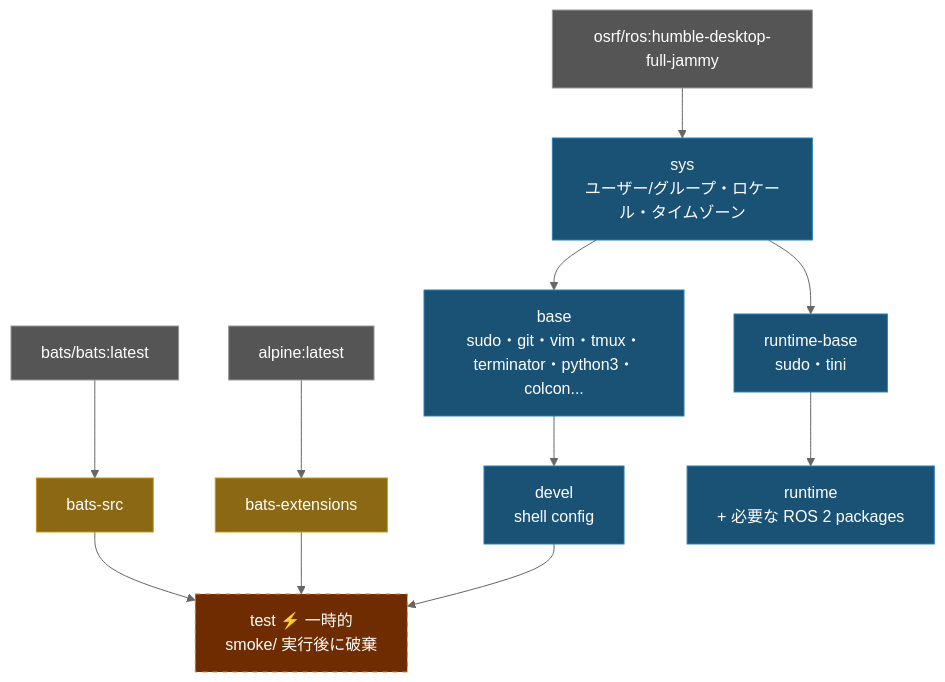
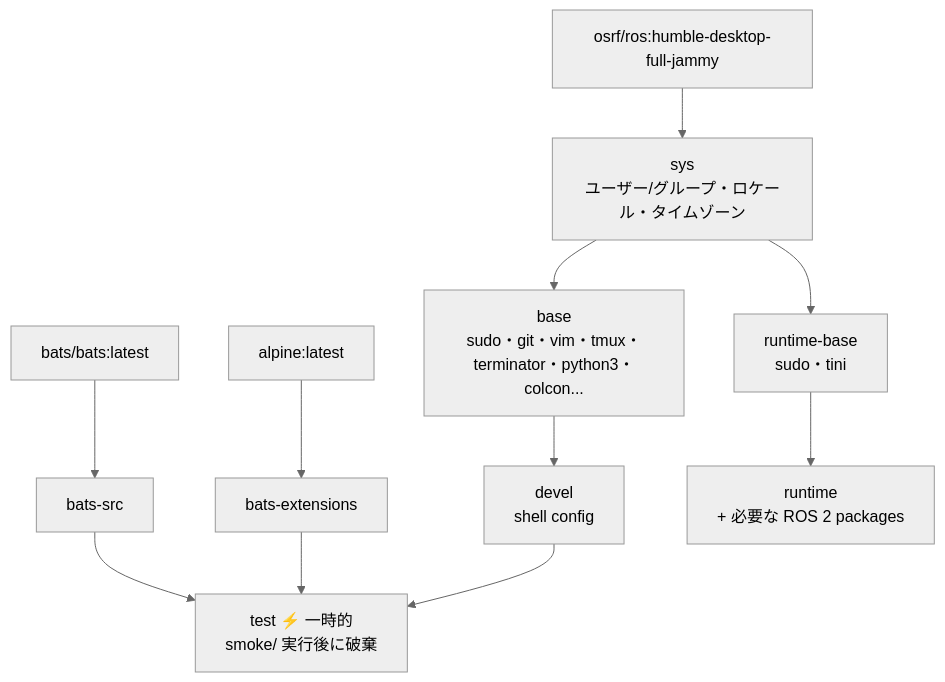
The diagram in doc/README.ja.md (ycpss91255-docker/osrf_ros2_humble), drawn with Mermaid (neutral theme) before and after one commit. The commit also changed 3 other files, not shown here.

Commit message:
docs: remove mermaid background colors from architecture diagrams (#25)

````diff
--- a/doc/README.ja.md
+++ b/doc/README.ja.md
@@ -235,26 +235,22 @@
 ```mermaid
 graph TD
-    EXT1["bats/bats:latest"]:::external
-    EXT2["alpine:latest"]:::external
-    EXT3["osrf/ros:humble-desktop-full-jammy"]:::external
+    EXT1["bats/bats:latest"]
+    EXT2["alpine:latest"]
+    EXT3["osrf/ros:humble-desktop-full-jammy"]
 
-    EXT1 --> bats-src["bats-src"]:::tool
-    EXT2 --> bats-ext["bats-extensions"]:::tool
+    EXT1 --> bats-src["bats-src"]
+    EXT2 --> bats-ext["bats-extensions"]
 
-    EXT3 --> sys["sys\nユーザー/グループ・ロケール・タイムゾーン"]:::stage
+    EXT3 --> sys["sys\nユーザー/グループ・ロケール・タイムゾーン"]
 
-    sys --> base["base\nsudo・git・vim・tmux・terminator・python3・colcon..."]:::stage
-    base --> devel["devel\nshell config"]:::stage
+    sys --> base["base\nsudo・git・vim・tmux・terminator・python3・colcon..."]
+    base --> devel["devel\nshell config"]
 
-    bats-src --> test["test  ⚡ 一時的\nsmoke/ 実行後に破棄"]:::ephemeral
+    bats-src --> test["test  ⚡ 一時的\nsmoke/ 実行後に破棄"]
     bats-ext --> test
     devel --> test
 
-    sys --> runtime-base["runtime-base\nsudo・tini"]:::stage
-    runtime-base --> runtime["runtime\n+ 必要な ROS 2 packages"]:::stage
+    sys --> runtime-base["runtime-base\nsudo・tini"]
+    runtime-base --> runtime["runtime\n+ 必要な ROS 2 packages"]
 
-    classDef external fill:#555,color:#fff,stroke:#999
-    classDef tool fill:#8B6914,color:#fff,stroke:#c8960c
-    classDef stage fill:#1a5276,color:#fff,stroke:#2980b9
-    classDef ephemeral fill:#6e2c00,color:#fff,stroke:#e67e22,stroke-dasharray:5 5
 ```
````
